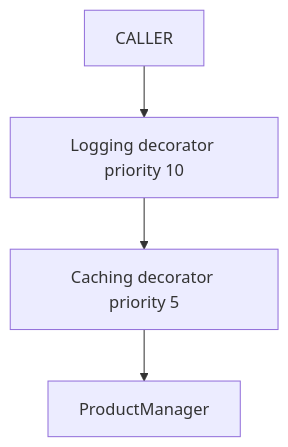
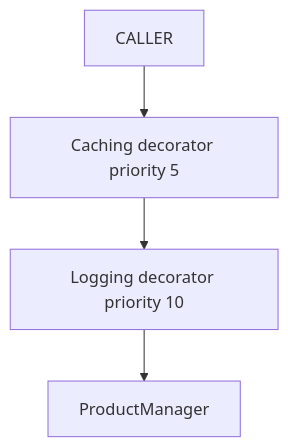
Before and after one commit to amitmaity/drupal-docs: the second of 2 diagrams in docs/dependency-injection/service-decoration.md, drawn with Mermaid. The commit also changed other lines of this file and 83 other files, not shown here.

````diff
--- a/docs/dependency-injection/service-decoration.md
+++ b/docs/dependency-injection/service-decoration.md
@@ -184,6 +184,6 @@
 ```mermaid
 graph TB
-    CALLER --> D1[Logging decorator priority 10]
-    D1 --> D2[Caching decorator priority 5]
+    CALLER --> D1[Caching decorator priority 5]
+    D1 --> D2[Logging decorator priority 10]
     D2 --> CORE[ProductManager]
 ```
````
